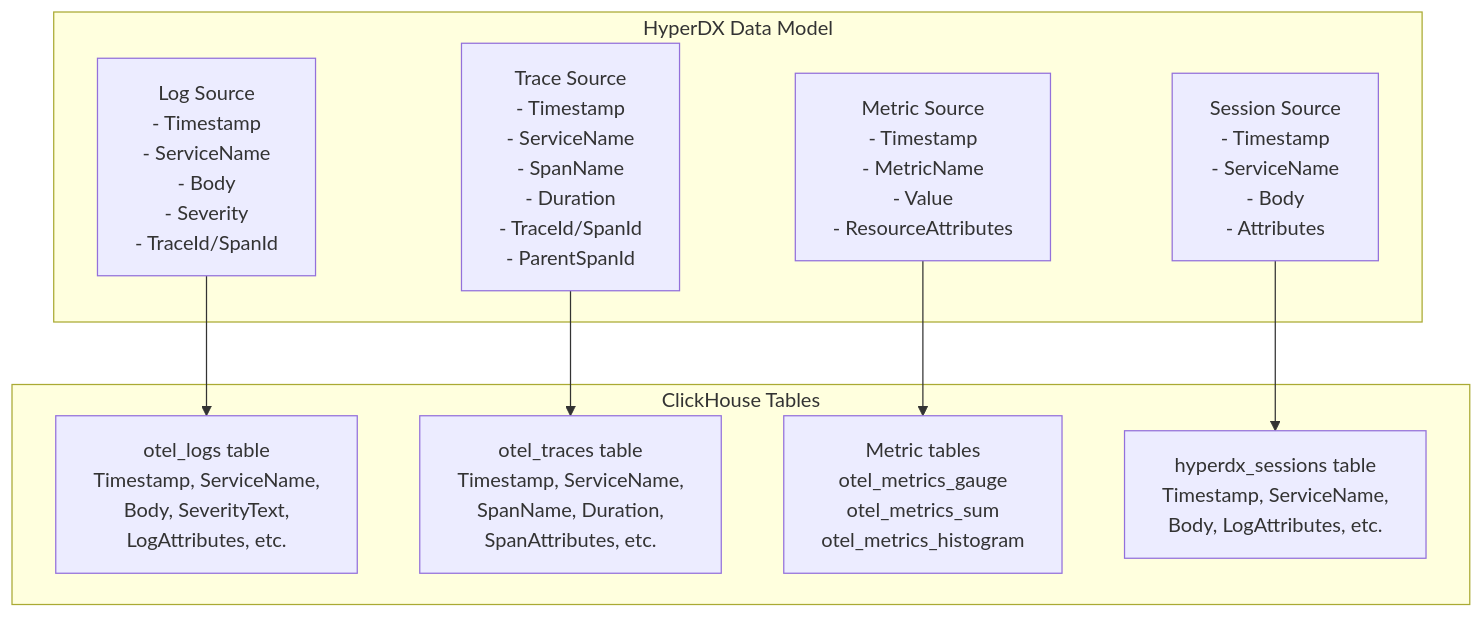
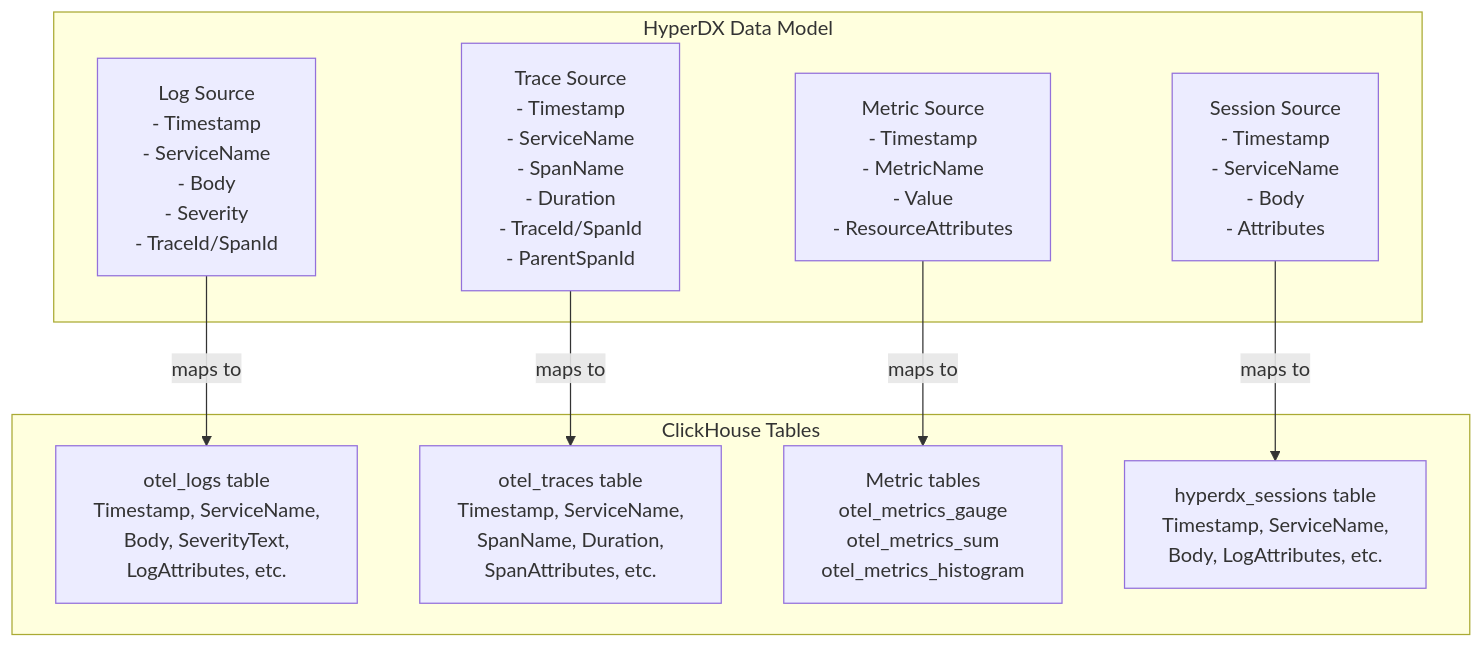
The second of 4 diagrams in docs/hyperdxio-helm-charts-docs/Data-Sources-and-Connections.md (openchoreo/openchoreo), drawn with Mermaid before and after one commit. The commit also changed other lines of this file and 85 other files, not shown here.

Commit message:
feat: Add new workflow and specification templates, update Helm chart dependencies, and clarify documentation diagrams.

````diff
--- a/docs/hyperdxio-helm-charts-docs/Data-Sources-and-Connections.md
+++ b/docs/hyperdxio-helm-charts-docs/Data-Sources-and-Connections.md
@@ -140,31 +140,31 @@
 ```mermaid
 flowchart TD
 
 LogModel["Log Source<br>- Timestamp<br>- ServiceName<br>- Body<br>- Severity<br>- TraceId/SpanId"]
 TraceModel["Trace Source<br>- Timestamp<br>- ServiceName<br>- SpanName<br>- Duration<br>- TraceId/SpanId<br>- ParentSpanId"]
 MetricModel["Metric Source<br>- Timestamp<br>- MetricName<br>- Value<br>- ResourceAttributes"]
 SessionModel["Session Source<br>- Timestamp<br>- ServiceName<br>- Body<br>- Attributes"]
 LogTable["otel_logs table<br>Timestamp, ServiceName,<br>Body, SeverityText,<br>LogAttributes, etc."]
 TraceTable["otel_traces table<br>Timestamp, ServiceName,<br>SpanName, Duration,<br>SpanAttributes, etc."]
 MetricTables["Metric tables<br>otel_metrics_gauge<br>otel_metrics_sum<br>otel_metrics_histogram"]
 SessionTable["hyperdx_sessions table<br>Timestamp, ServiceName,<br>Body, LogAttributes, etc."]
 
-LogModel --> LogTable
-TraceModel --> TraceTable
-MetricModel --> MetricTables
-SessionModel --> SessionTable
+LogModel -->|"maps to"| LogTable
+TraceModel -->|"maps to"| TraceTable
+MetricModel -->|"maps to"| MetricTables
+SessionModel -->|"maps to"| SessionTable
 
 subgraph subGraph1 ["ClickHouse Tables"]
     LogTable
     TraceTable
     MetricTables
     SessionTable
 end
 
 subgraph subGraph0 ["HyperDX Data Model"]
     LogModel
     TraceModel
     MetricModel
     SessionModel
 end
 ```
````
